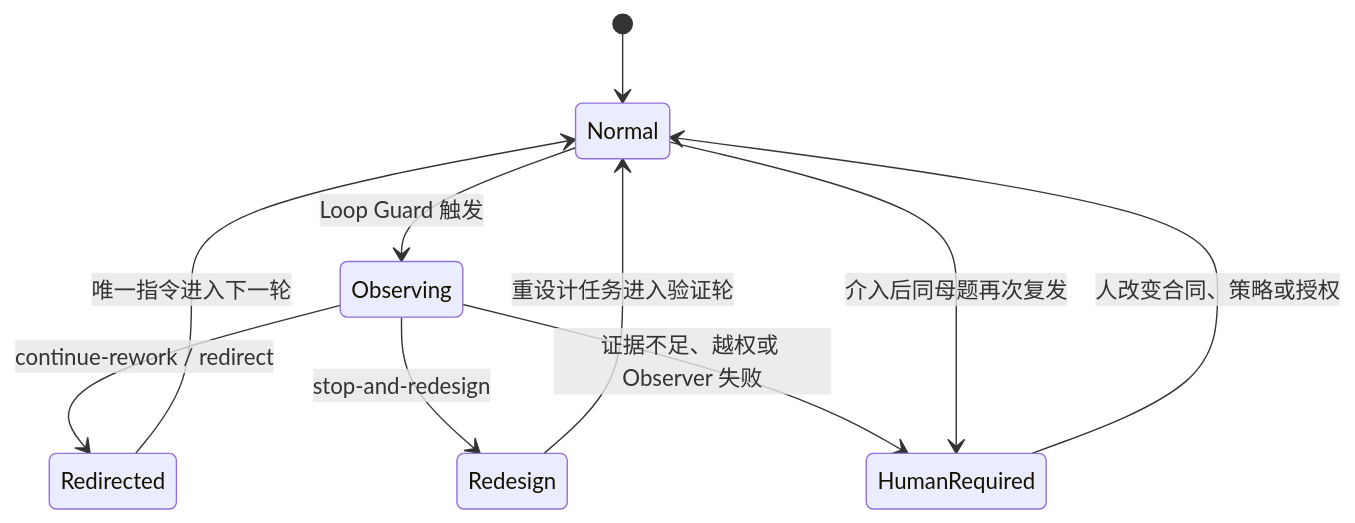
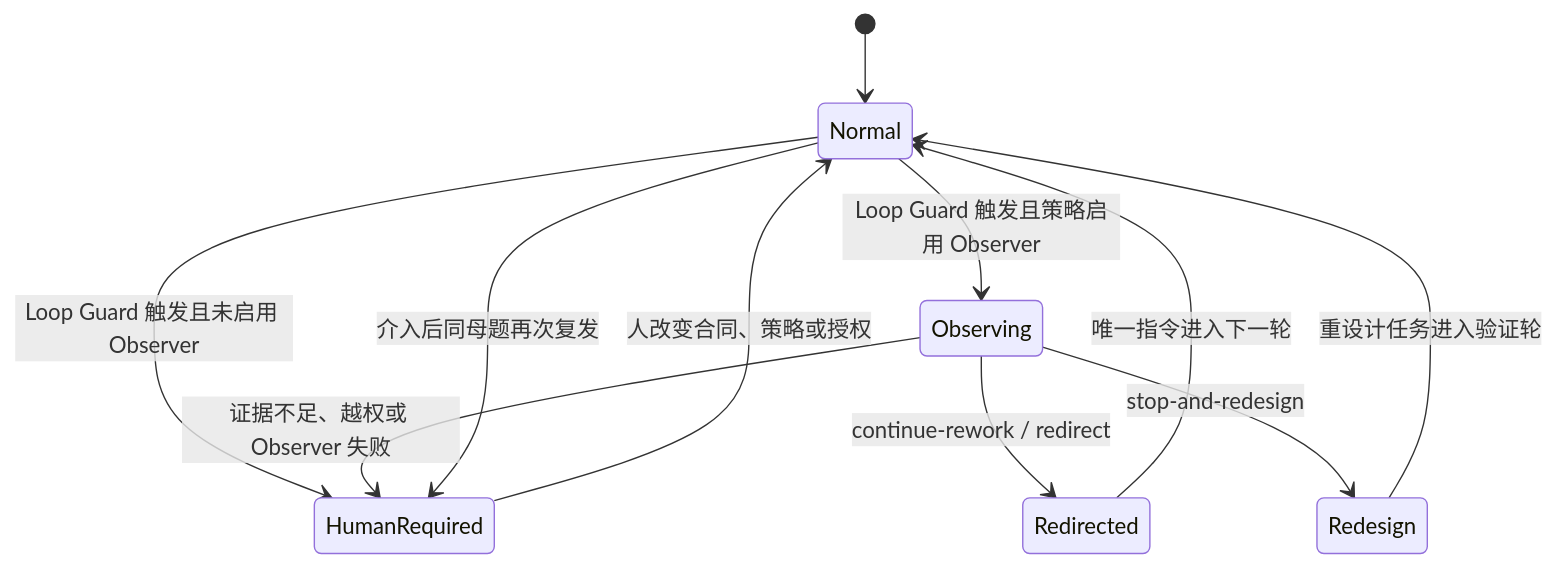
One commit to ai-daming/clickvibe changed the second of 2 diagrams in docs/architecture/workflow-state-machine.md. Above: the diagram before and after it, drawn with Mermaid. The commit also changed other lines of this file and 19 other files, not shown here.

Commit message:
docs: align architecture roadmap and access governance

````diff
--- a/docs/architecture/workflow-state-machine.md
+++ b/docs/architecture/workflow-state-machine.md
@@ -43,12 +43,13 @@
 ```mermaid
 stateDiagram-v2
   [*] --> Normal
-  Normal --> Observing: Loop Guard 触发
+  Normal --> HumanRequired: Loop Guard 触发且未启用 Observer
+  Normal --> Observing: Loop Guard 触发且策略启用 Observer
   Observing --> Redirected: continue-rework / redirect
   Observing --> Redesign: stop-and-redesign
   Observing --> HumanRequired: 证据不足、越权或 Observer 失败
   Redirected --> Normal: 唯一指令进入下一轮
   Redesign --> Normal: 重设计任务进入验证轮
   Normal --> HumanRequired: 介入后同母题再次复发
   HumanRequired --> Normal: 人改变合同、策略或授权
 ```
````
